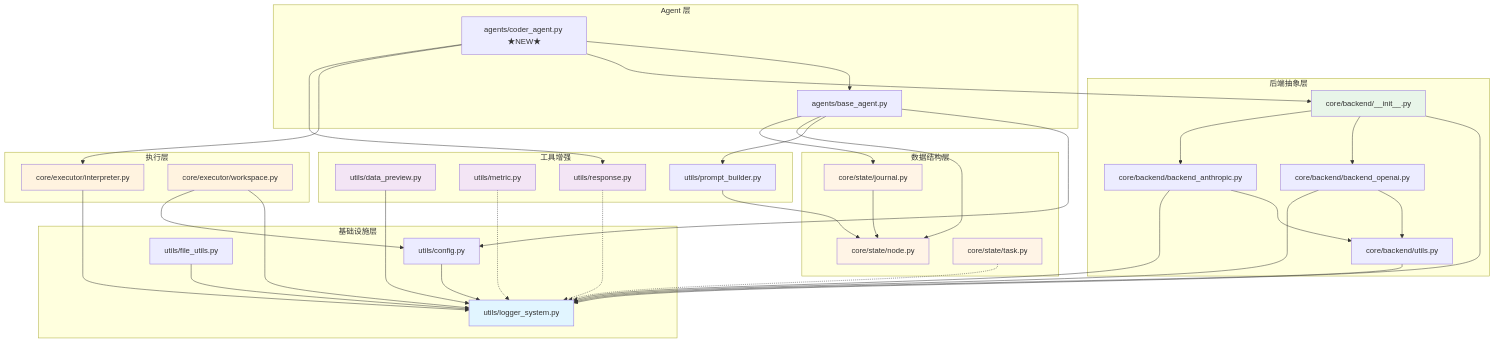
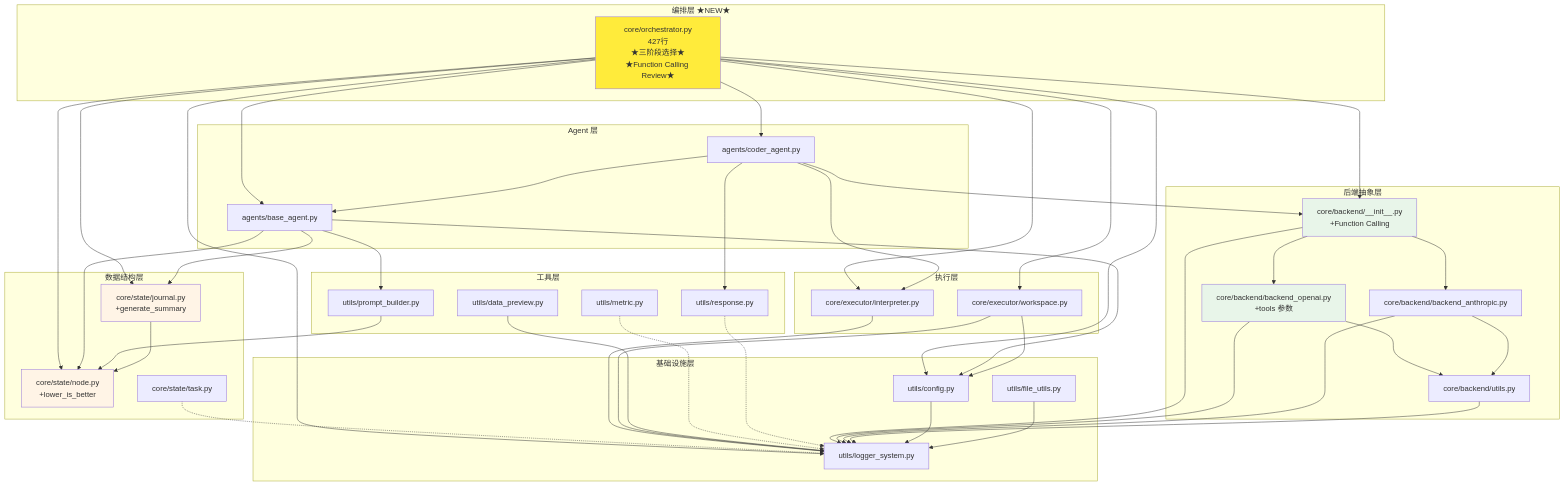
Before and after one commit to iomgaa-ycz/Swarm-Ev2: the diagram in docs/CODEMAPS/backend.md, drawn with Mermaid. The commit also changed other lines of this file and 8 other files, not shown here.

First line of the commit message:
feat: 实现编排器层并增强后端 Function Calling 支持

````diff
--- a/docs/CODEMAPS/backend.md
+++ b/docs/CODEMAPS/backend.md
@@ -1164,14 +568,14 @@
     end
 
     subgraph "数据结构层"
-        NODE[core/state/node.py]
-        JOURNAL[core/state/journal.py]
+        NODE[core/state/node.py<br/>+lower_is_better]
+        JOURNAL[core/state/journal.py<br/>+generate_summary]
         TASK[core/state/task.py]
     end
 
     subgraph "后端抽象层"
-        BACKEND[core/backend/__init__.py]
-        OPENAI[core/backend/backend_openai.py]
+        BACKEND[core/backend/__init__.py<br/>+Function Calling]
+        OPENAI[core/backend/backend_openai.py<br/>+tools 参数]
         ANTHRO[core/backend/backend_anthropic.py]
         BUTILS[core/backend/utils.py]
     end
@@ -1181,7 +585,7 @@
         WS[core/executor/workspace.py]
     end
 
-    subgraph "工具增强"
+    subgraph "工具层"
         DP[utils/data_preview.py]
         METRIC[utils/metric.py]
         RESP[utils/response.py]
@@ -1190,14 +594,29 @@
 
     subgraph "Agent 层"
         AGENT[agents/base_agent.py]
-        CODER[agents/coder_agent.py ★NEW★]
+        CODER[agents/coder_agent.py]
+    end
+
+    subgraph "编排层 ★NEW★"
+        ORCH[core/orchestrator.py<br/>427行<br/>★三阶段选择★<br/>★Function Calling Review★]
     end
 
     %% 依赖关系
+    ORCH --> CODER
+    ORCH --> AGENT
+    ORCH --> JOURNAL
+    ORCH --> NODE
+    ORCH --> INTERP
+    ORCH --> WS
+    ORCH --> BACKEND
+    ORCH --> CFG
+    ORCH --> LOG
+
     CODER --> AGENT
     CODER --> BACKEND
     CODER --> INTERP
     CODER --> RESP
+
     AGENT --> CFG
     AGENT --> PB
     AGENT --> NODE
@@ -1230,14 +649,9 @@
     CFG --> LOG
     FU --> LOG
 
-    style LOG fill:#e1f5ff
+    style ORCH fill:#ffeb3b
     style NODE fill:#fff4e6
     style JOURNAL fill:#fff4e6
-    style TASK fill:#fff4e6
     style BACKEND fill:#e8f5e9
-    style INTERP fill:#fff3e0
-    style WS fill:#fff3e0
-    style DP fill:#f3e5f5
-    style METRIC fill:#f3e5f5
-    style RESP fill:#f3e5f5
+    style OPENAI fill:#e8f5e9
 ```
````
